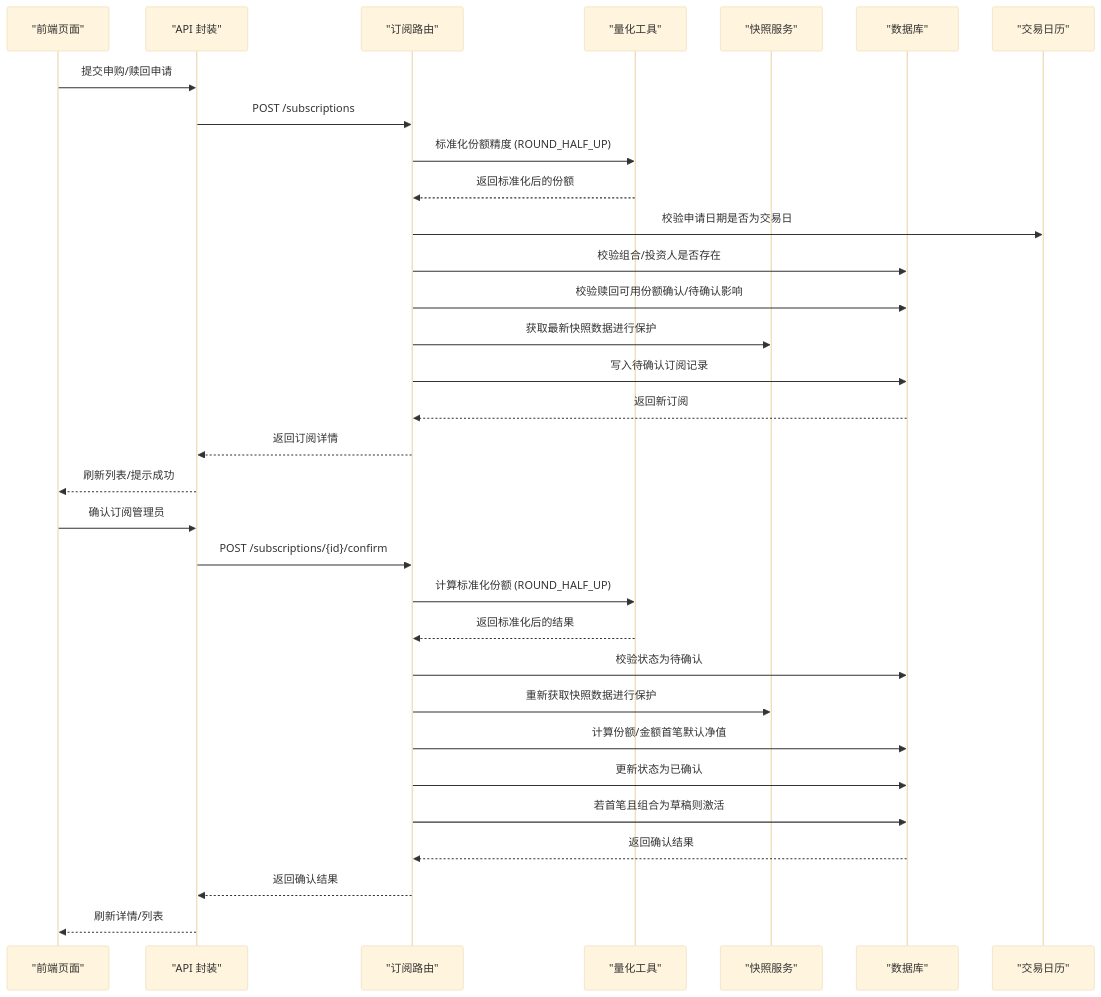
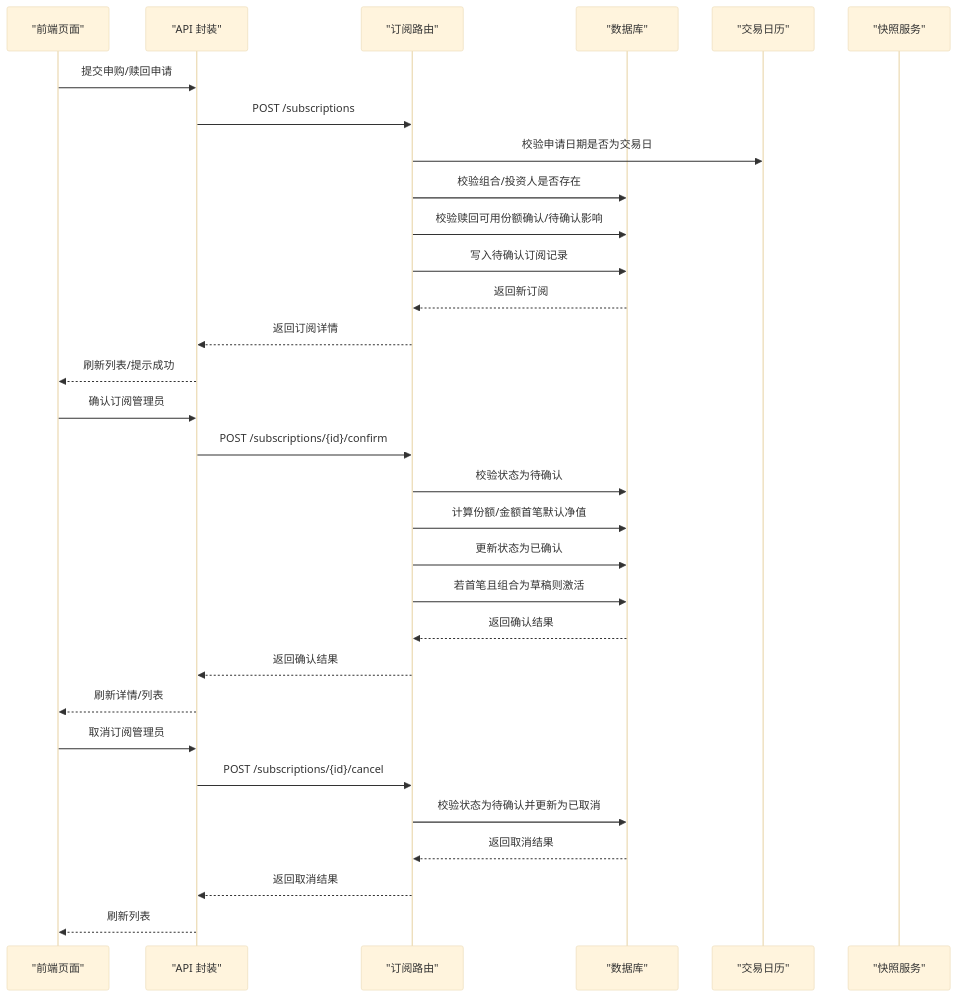
The second of 6 diagrams in .qoder/repowiki/zh/content/核心业务功能/订阅管理.md (gujialind/InvestRing), drawn with Mermaid (base theme) before and after one commit. The commit also changed other lines of this file and 65 other files, not shown here.

````diff
--- a/.qoder/repowiki/zh/content/核心业务功能/订阅管理.md
+++ b/.qoder/repowiki/zh/content/核心业务功能/订阅管理.md
@@ -150,34 +109,33 @@
 ```mermaid
 sequenceDiagram
 participant FE as "前端页面"
 participant API as "API 封装"
 participant Router as "订阅路由"
-participant Utils as "量化工具"
-participant Snap as "快照服务"
 participant DB as "数据库"
 participant Cal as "交易日历"
+participant Snap as "快照服务"
 FE->>API : 提交申购/赎回申请
 API->>Router : POST /subscriptions
-Router->>Utils : 标准化份额精度 (ROUND_HALF_UP)
-Utils-->>Router : 返回标准化后的份额
 Router->>Cal : 校验申请日期是否为交易日
 Router->>DB : 校验组合/投资人是否存在
 Router->>DB : 校验赎回可用份额确认/待确认影响
-Router->>Snap : 获取最新快照数据进行保护
 Router->>DB : 写入待确认订阅记录
 DB-->>Router : 返回新订阅
 Router-->>API : 返回订阅详情
 API-->>FE : 刷新列表/提示成功
 FE->>API : 确认订阅管理员
 API->>Router : POST /subscriptions/{id}/confirm
-Router->>Utils : 计算标准化份额 (ROUND_HALF_UP)
-Utils-->>Router : 返回标准化后的结果
 Router->>DB : 校验状态为待确认
-Router->>Snap : 重新获取快照数据进行保护
 Router->>DB : 计算份额/金额首笔默认净值
 Router->>DB : 更新状态为已确认
 Router->>DB : 若首笔且组合为草稿则激活
 DB-->>Router : 返回确认结果
 Router-->>API : 返回确认结果
 API-->>FE : 刷新详情/列表
+FE->>API : 取消订阅管理员
+API->>Router : POST /subscriptions/{id}/cancel
+Router->>DB : 校验状态为待确认并更新为已取消
+DB-->>Router : 返回取消结果
+Router-->>API : 返回取消结果
+API-->>FE : 刷新列表
 ```
````
